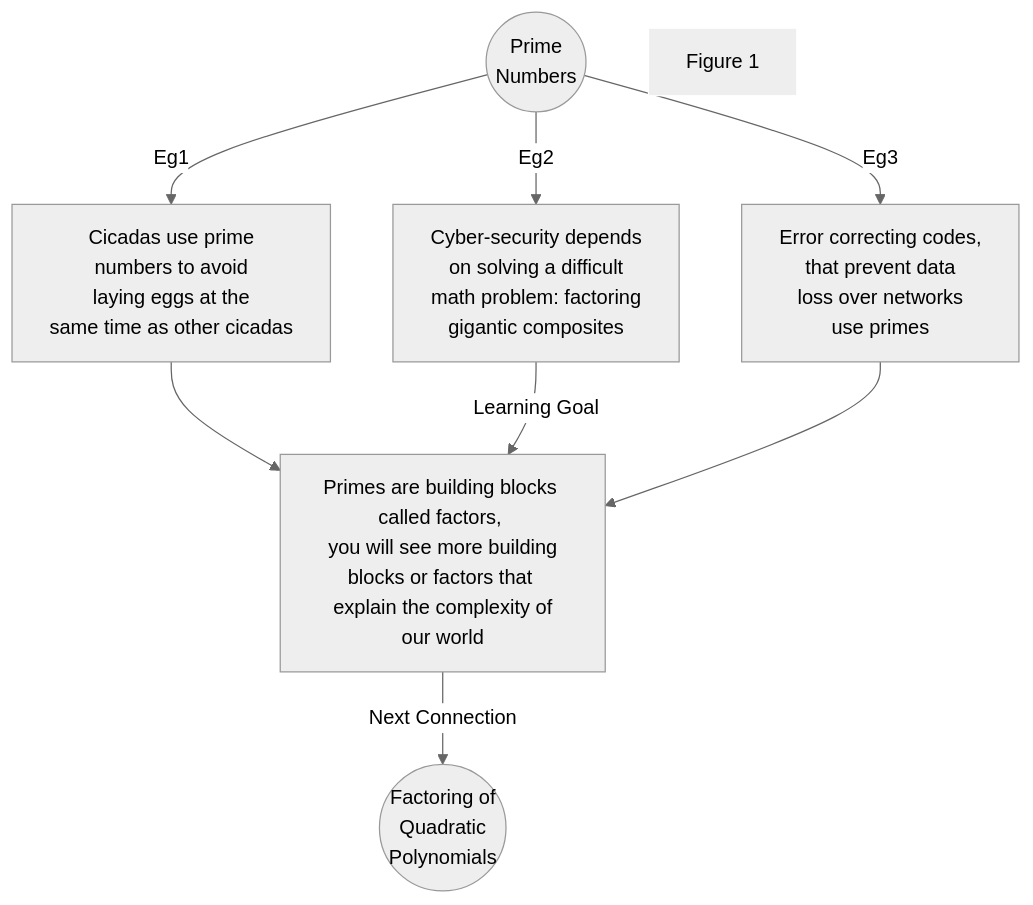
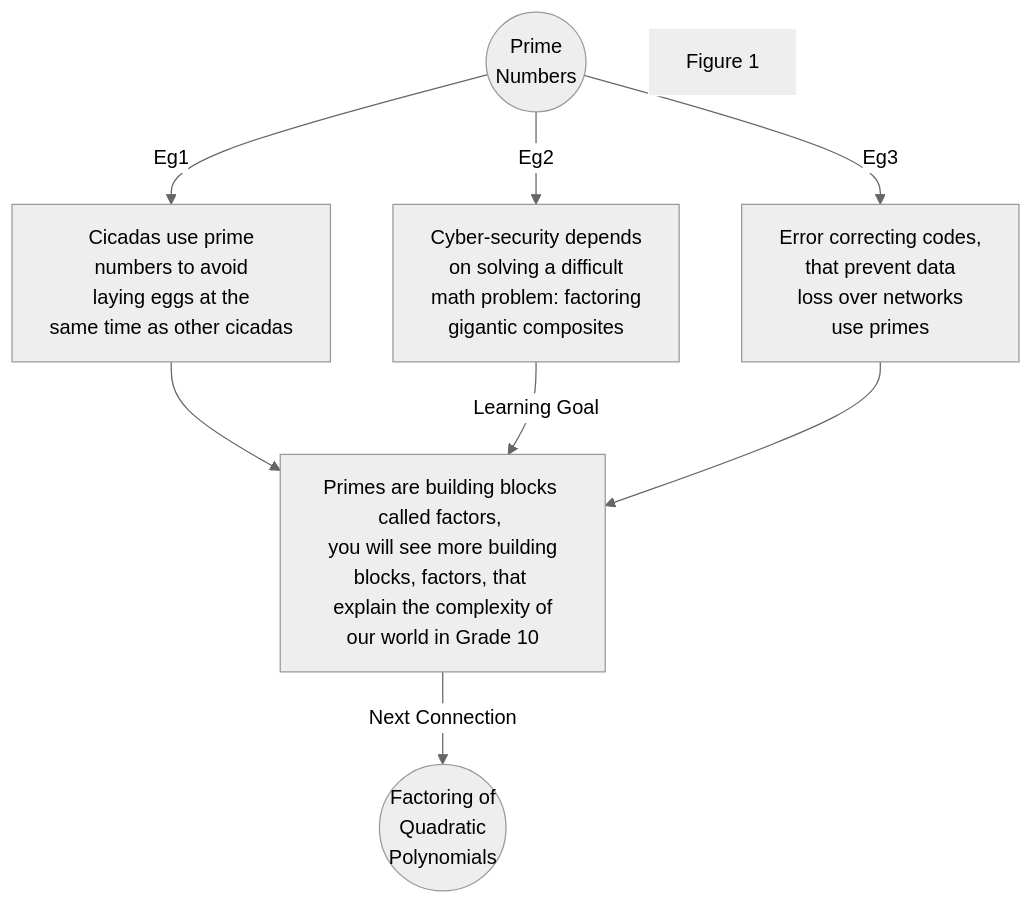
Before and after one commit to kluchey/OMG: the diagram in docs/index.md, drawn with Mermaid (neutral theme). The commit also changed other lines of this file and 100 other files, not shown here.

````diff
--- a/docs/index.md
+++ b/docs/index.md
@@ -19,14 +21,14 @@
 ```mermaid
 graph TD
 	A((Prime <br> Numbers)) -->|Eg1| B[Cicadas use prime <br> numbers to avoid <br> laying eggs at the <br> same time as other cicadas]
 	A -->|Eg2| C[Cyber-security depends <br> on solving a difficult <br> math problem: factoring <br> gigantic composites]
 	A -->|Eg3| D[Error correcting codes, <br> that prevent data <br> loss over networks <br> use primes]
-	B --> E[Primes are building blocks called factors, <br> you will see more building blocks or factors that <br> explain the complexity of our world]
+	B --> E[Primes are building blocks called factors, <br> you will see more building blocks, factors, that <br> explain the complexity of our world in Grade 10]
 	C -->|Learning Goal| E
 	D --> E
 	E -->|Next Connection| F((Factoring of <br> Quadratic <br> Polynomials))
 
 	title[Figure 1]
 	style title stroke:#FFF
 	
 ```
````
